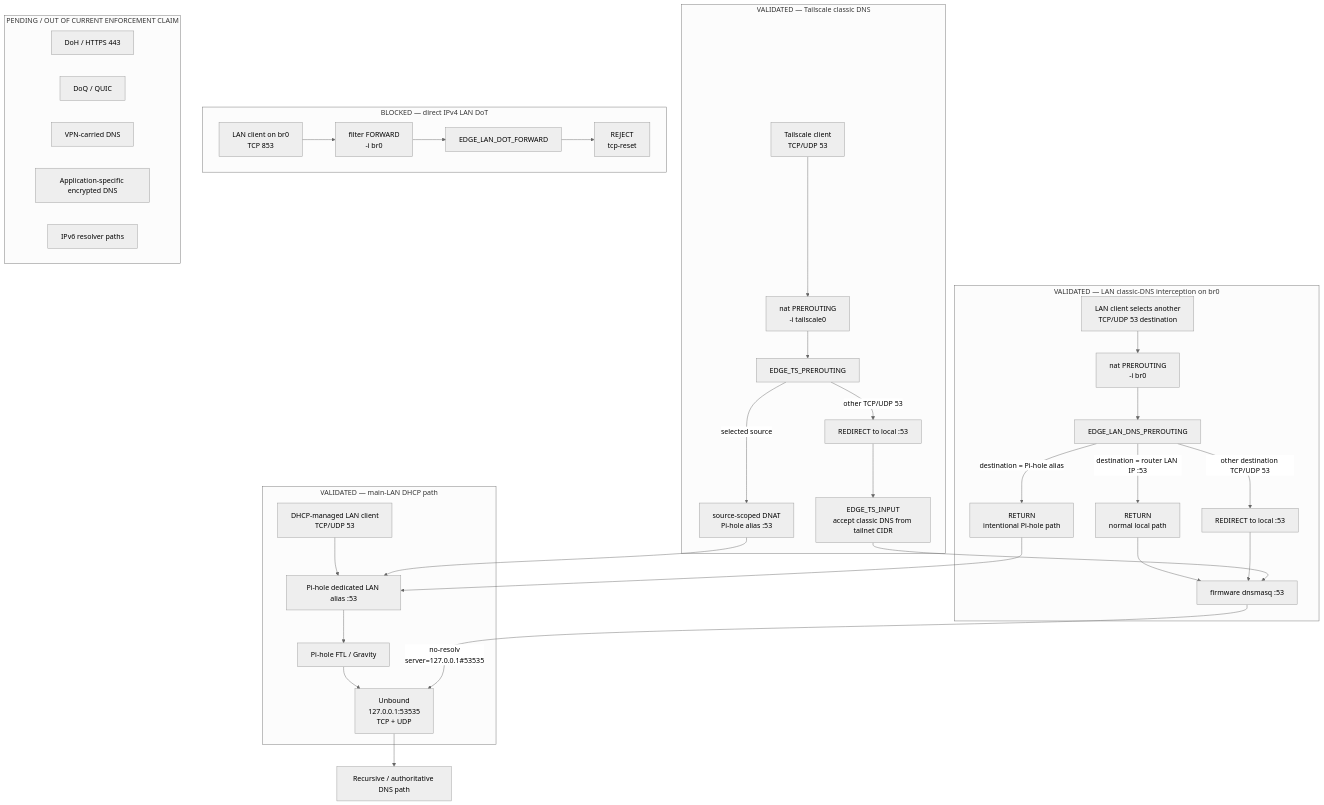
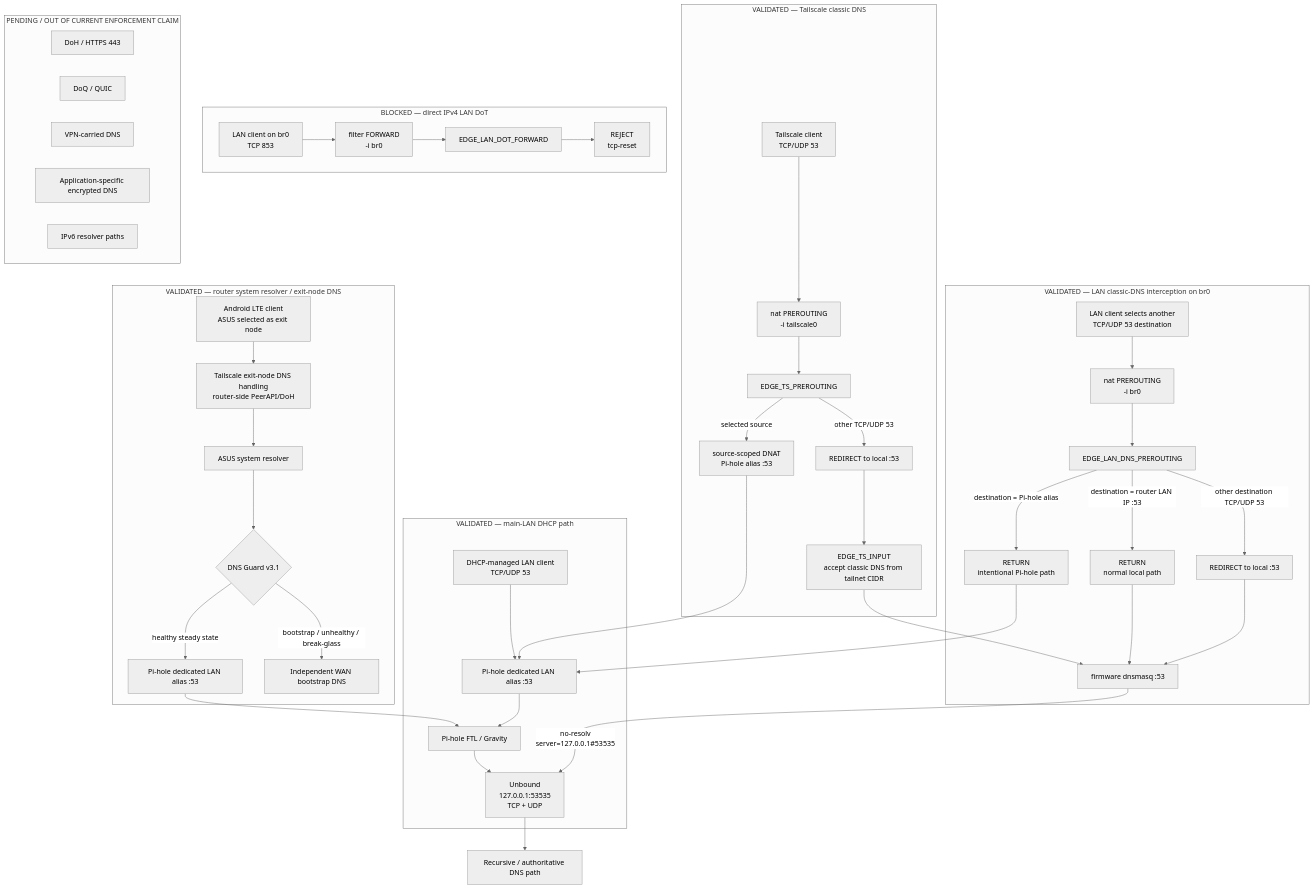
The diagram in docs/architecture/dns-enforcement-flow.md (wojko6/Advanced-ASUS-Edge-Gateway-ZTNA-Infrastructure), drawn with Mermaid (neutral theme) before and after one commit. The commit also changed other lines of this file, not shown here.

Commit message:
docs: add validated exit-node system-resolver DNS path

````diff
--- a/docs/architecture/dns-enforcement-flow.md
+++ b/docs/architecture/dns-enforcement-flow.md
@@ -11,46 +11,55 @@
 ```mermaid
 flowchart TD
     subgraph DHCP["VALIDATED — main-LAN DHCP path"]
         L["DHCP-managed LAN client<br/>TCP/UDP 53"] --> PIP["Pi-hole dedicated LAN alias :53"]
         PIP --> PH["Pi-hole FTL / Gravity"]
         PH --> U["Unbound<br/>127.0.0.1:53535<br/>TCP + UDP"]
     end
 
     subgraph LAN["VALIDATED — LAN classic-DNS interception on br0"]
         E["LAN client selects another<br/>TCP/UDP 53 destination"] --> LP["nat PREROUTING<br/>-i br0"]
         LP --> LC["EDGE_LAN_DNS_PREROUTING"]
         LC -->|"destination = Pi-hole alias"| PB["RETURN<br/>intentional Pi-hole path"]
         PB --> PIP
         LC -->|"destination = router LAN IP :53"| LR["RETURN<br/>normal local path"]
         LC -->|"other destination TCP/UDP 53"| LX["REDIRECT to local :53"]
         LR --> D["firmware dnsmasq :53"]
         LX --> D
         D -->|"no-resolv<br/>server=127.0.0.1#53535"| U
     end
 
     subgraph TS["VALIDATED — Tailscale classic DNS"]
         T["Tailscale client<br/>TCP/UDP 53"] --> TP["nat PREROUTING<br/>-i tailscale0"]
         TP --> TC["EDGE_TS_PREROUTING"]
         TC -->|"selected source"| TD["source-scoped DNAT<br/>Pi-hole alias :53"]
         TD --> PIP
         TC -->|"other TCP/UDP 53"| TX["REDIRECT to local :53"]
         TX --> TI["EDGE_TS_INPUT<br/>accept classic DNS from tailnet CIDR"]
         TI --> D
     end
 
     U --> R["Recursive / authoritative DNS path"]
 
+    subgraph SYS["VALIDATED — router system resolver / exit-node DNS"]
+        EX["Android LTE client<br/>ASUS selected as exit node"] --> PE["Tailscale exit-node DNS handling<br/>router-side PeerAPI/DoH"]
+        PE --> SR["ASUS system resolver"]
+        SR --> DG{"DNS Guard v3.1"}
+        DG -->|"healthy steady state"| SP["Pi-hole dedicated LAN alias :53"]
+        SP --> PH
+        DG -->|"bootstrap / unhealthy / break-glass"| WB["Independent WAN bootstrap DNS"]
+    end
+
     subgraph DOT["BLOCKED — direct IPv4 LAN DoT"]
         DL["LAN client on br0<br/>TCP 853"] --> DF["filter FORWARD<br/>-i br0"]
         DF --> DC["EDGE_LAN_DOT_FORWARD"]
         DC --> DR["REJECT<br/>tcp-reset"]
     end
 
     subgraph OUT["PENDING / OUT OF CURRENT ENFORCEMENT CLAIM"]
         H["DoH / HTTPS 443"]
         Q["DoQ / QUIC"]
         V["VPN-carried DNS"]
         A["Application-specific encrypted DNS"]
         I6["IPv6 resolver paths"]
     end
 ```
````
